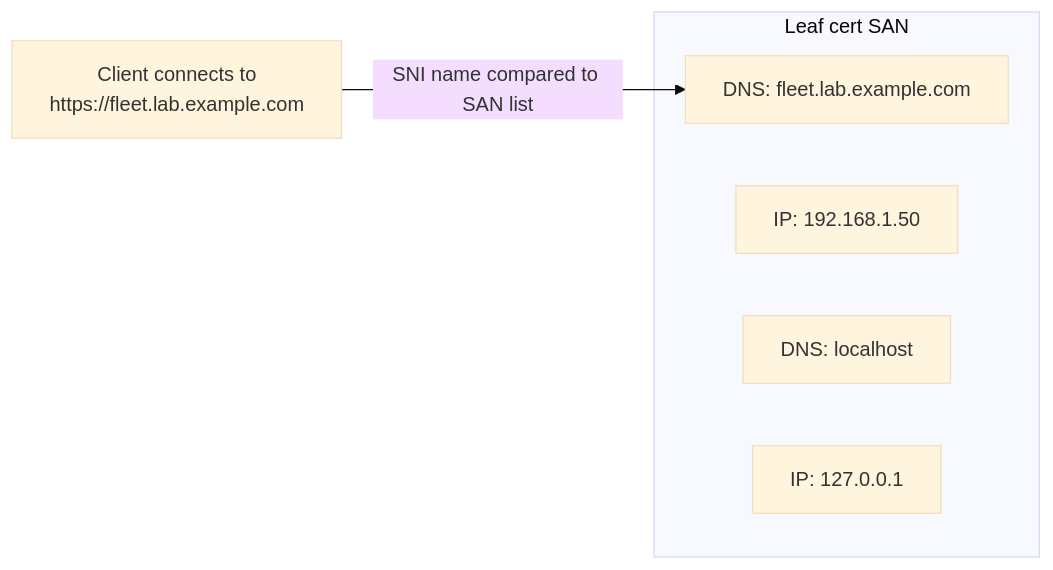
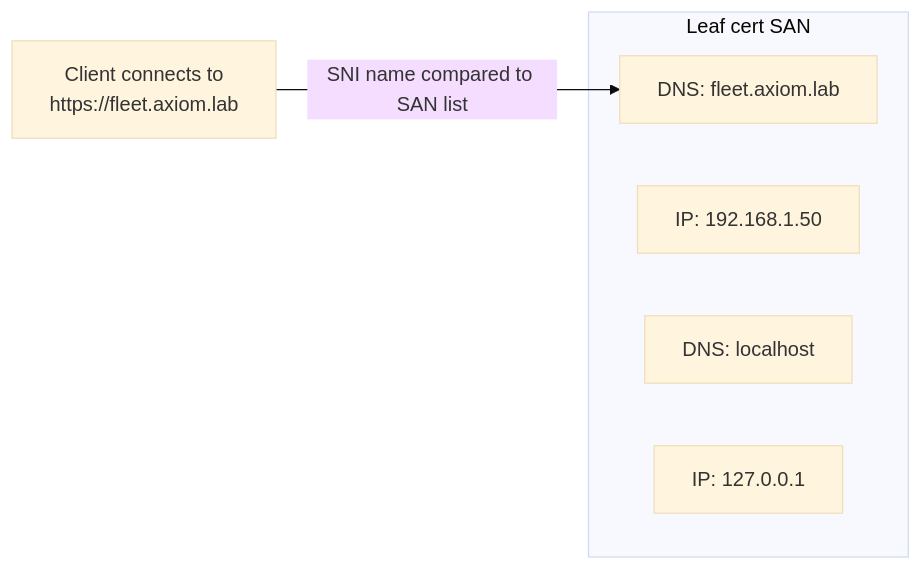
The fourth of 10 diagrams in docs/encyclopedia/04-tls-and-pki.md (worthingtontech/axiom-fleet-mdm-lab), drawn with Mermaid (base theme) before and after one commit. The commit also changed other lines of this file and 13 other files, not shown here.

````diff
--- a/docs/encyclopedia/04-tls-and-pki.md
+++ b/docs/encyclopedia/04-tls-and-pki.md
@@ -100,10 +100,10 @@
 ```mermaid
 flowchart LR
     subgraph Leaf cert SAN
-      S1[DNS: fleet.lab.example.com]
+      S1[DNS: fleet.axiom.lab]
       S2[IP: 192.168.1.50]
       S3[DNS: localhost]
       S4[IP: 127.0.0.1]
     end
-    C["Client connects to<br/>https://fleet.lab.example.com"] -->|"SNI name compared to SAN list"| S1
+    C["Client connects to<br/>https://fleet.axiom.lab"] -->|"SNI name compared to SAN list"| S1
 ```
````
